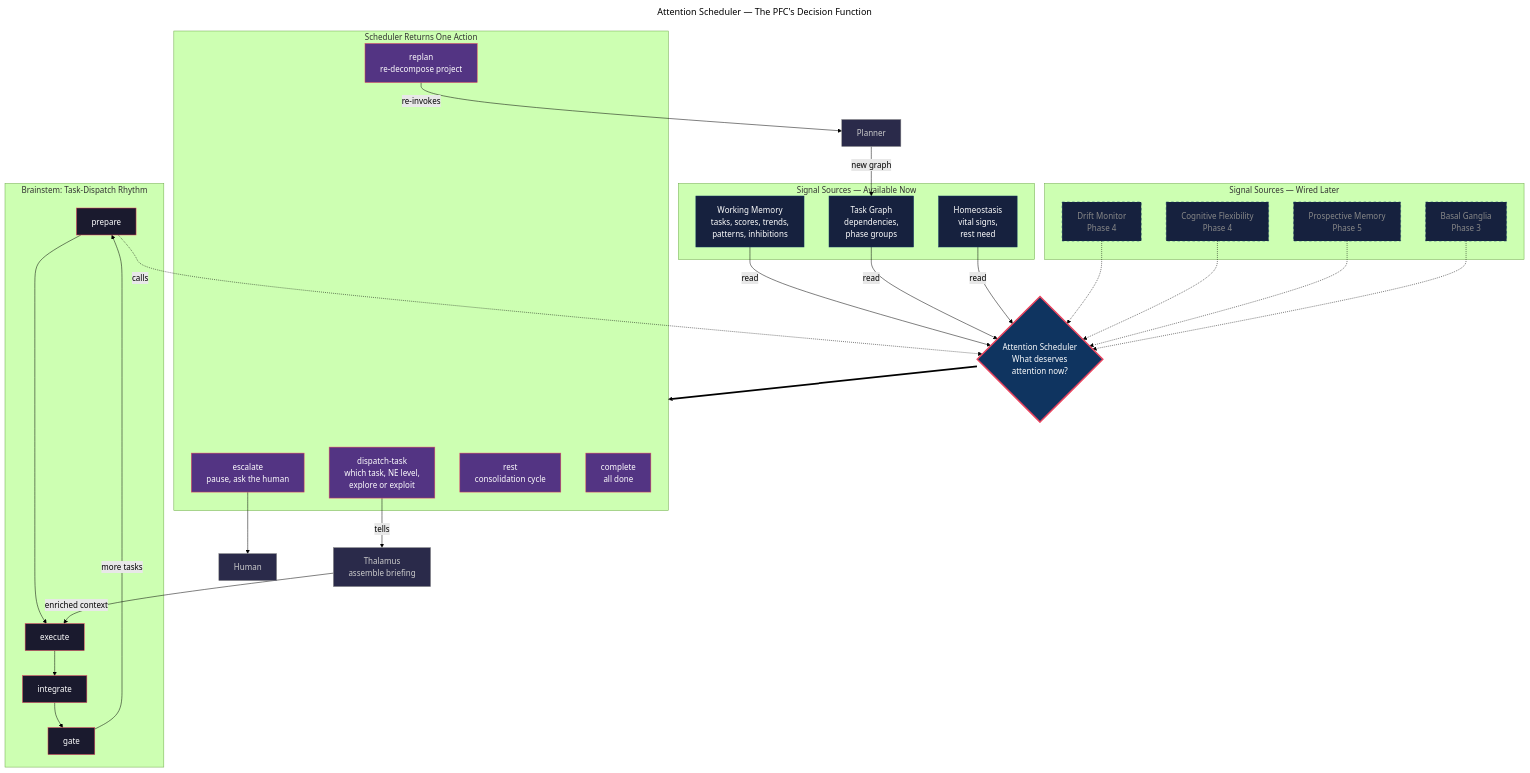
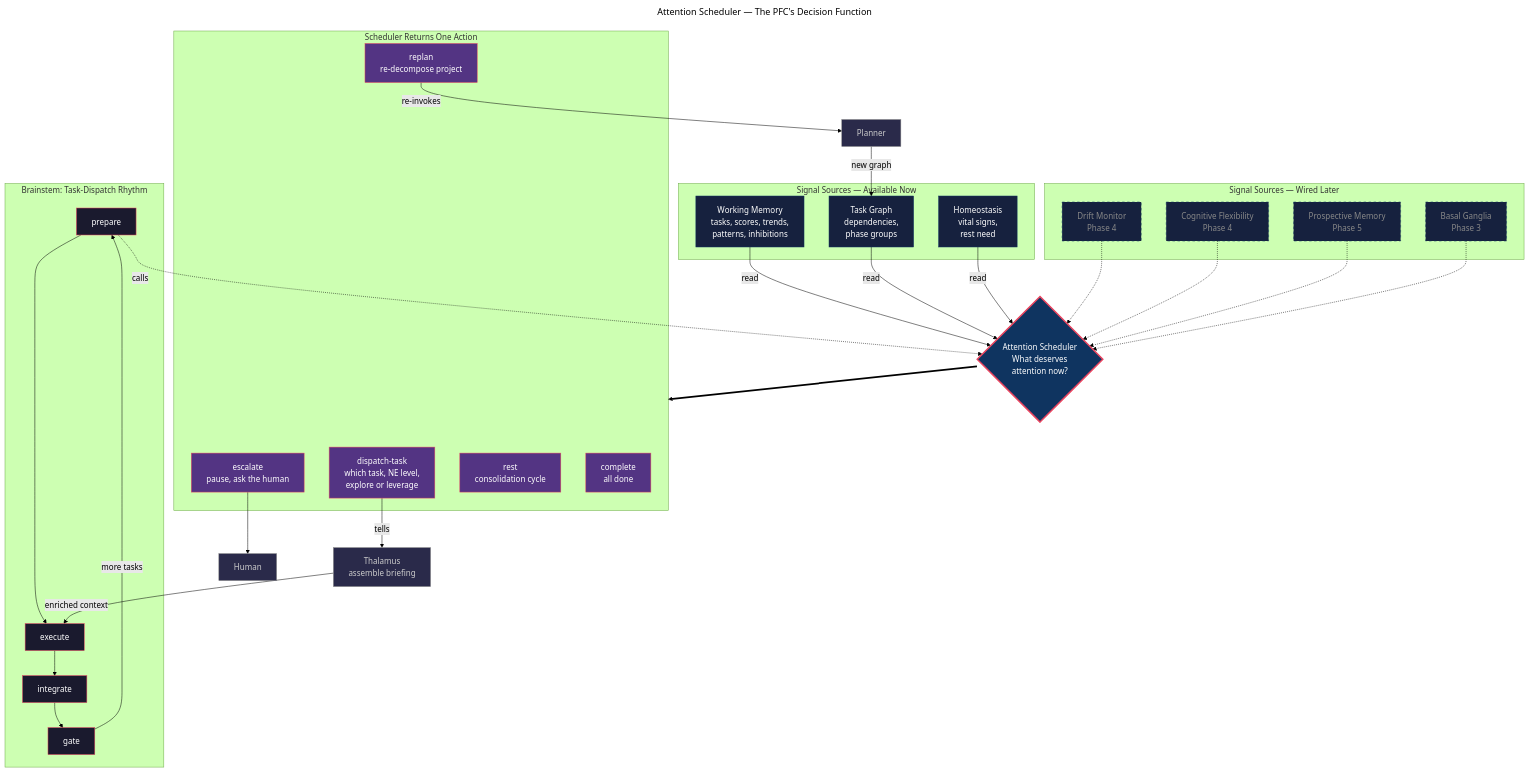
Before and after one commit to Joinery-dev/agent-cortex: the diagram in diagrams/attention-scheduler.mmd, drawn with Mermaid (forest theme). The commit also changed 39 other files, not shown here.

First line of the commit message:
Rename explore/exploit to explore/leverage

```diff
--- a/diagrams/attention-scheduler.mmd
+++ b/diagrams/attention-scheduler.mmd
@@ -1,71 +1,71 @@
 ---
 title: "Attention Scheduler — The PFC's Decision Function"
 scope: feature
 phase: 1
 feature: 7
 ---
 flowchart TB
     subgraph RHYTHM["Brainstem: Task-Dispatch Rhythm"]
         prepare["prepare"]
         execute["execute"]
         integrate["integrate"]
         gate["gate"]
         prepare --> execute --> integrate --> gate
         gate -->|"more tasks"| prepare
     end
 
     decide{"Attention Scheduler<br/>What deserves<br/>attention now?"}
 
     prepare -.->|"calls"| decide
 
     subgraph NOW["Signal Sources — Available Now"]
         wm["Working Memory<br/>tasks, scores, trends,<br/>patterns, inhibitions"]
         taskgraph["Task Graph<br/>dependencies,<br/>phase groups"]
         vitals["Homeostasis<br/>vital signs,<br/>rest need"]
     end
 
     subgraph LATER["Signal Sources — Wired Later"]
         drift["Drift Monitor<br/>Phase 4"]
         flex["Cognitive Flexibility<br/>Phase 4"]
         pm["Prospective Memory<br/>Phase 5"]
         bg["Basal Ganglia<br/>Phase 3"]
     end
 
     wm -->|"read"| decide
     taskgraph -->|"read"| decide
     vitals -->|"read"| decide
     drift -.-> decide
     flex -.-> decide
     pm -.-> decide
     bg -.-> decide
 
     subgraph ACTIONS["Scheduler Returns One Action"]
-        dispatch["dispatch-task<br/>which task, NE level,<br/>explore or exploit"]
+        dispatch["dispatch-task<br/>which task, NE level,<br/>explore or leverage"]
         escalate["escalate<br/>pause, ask the human"]
         rest["rest<br/>consolidation cycle"]
         replan["replan<br/>re-decompose project"]
         done["complete<br/>all done"]
     end
 
     decide ==> ACTIONS
 
     dispatch -->|"tells"| thalamus["Thalamus<br/>assemble briefing"]
     thalamus -->|"enriched context"| execute
 
     escalate --> human["Human"]
     replan -->|"re-invokes"| planner["Planner"]
     planner -->|"new graph"| taskgraph
 
     classDef rhythm fill:#1a1a2e,stroke:#e94560,color:#fff
     classDef scheduler fill:#0f3460,stroke:#e94560,color:#fff,stroke-width:3px
     classDef signal fill:#16213e,stroke:#0f3460,color:#fff
     classDef future fill:#16213e,stroke:#0f3460,color:#888,stroke-dasharray:5 5
     classDef action fill:#533483,stroke:#e94560,color:#fff
     classDef external fill:#2a2a4a,stroke:#888,color:#ccc
 
     class prepare,execute,integrate,gate rhythm
     class decide scheduler
     class wm,taskgraph,vitals signal
     class drift,flex,pm,bg future
     class dispatch,escalate,rest,replan,done action
     class thalamus,human,planner external
```
